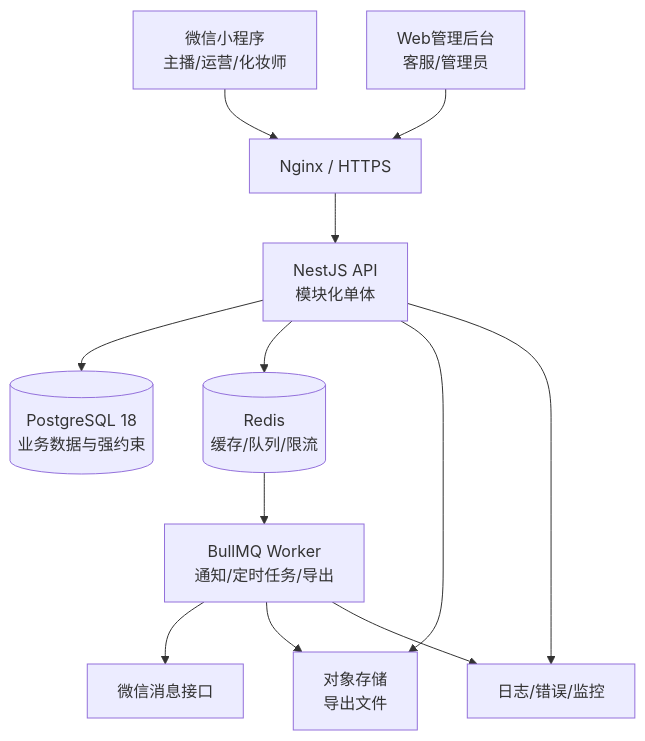
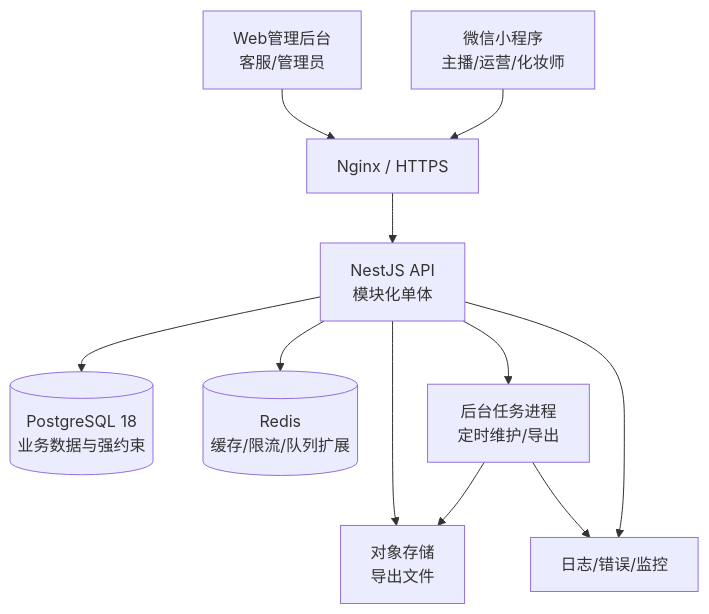
Before and after one commit to kusento173-del/makeup-booking-system: the diagram in docs/技术架构与工具选型.md, drawn with Mermaid. The commit also changed other lines of this file and 7 other files, not shown here.

````diff
--- a/docs/技术架构与工具选型.md
+++ b/docs/技术架构与工具选型.md
@@ -56,14 +56,13 @@
 ```mermaid
 flowchart TB
     MP[微信小程序<br/>主播/运营/化妆师] --> GW[Nginx / HTTPS]
     WEB[Web管理后台<br/>客服/管理员] --> GW
     GW --> API[NestJS API<br/>模块化单体]
     API --> PG[(PostgreSQL 18<br/>业务数据与强约束)]
-    API --> REDIS[(Redis<br/>缓存/队列/限流)]
-    REDIS --> WORKER[BullMQ Worker<br/>通知/定时任务/导出]
-    WORKER --> WX[微信消息接口]
+    API --> REDIS[(Redis<br/>缓存/限流/队列扩展)]
+    API --> WORKER[后台任务进程<br/>定时维护/导出]
     WORKER --> OSS[对象存储<br/>导出文件]
     API --> OSS
     API --> OBS[日志/错误/监控]
     WORKER --> OBS
 ```
````
